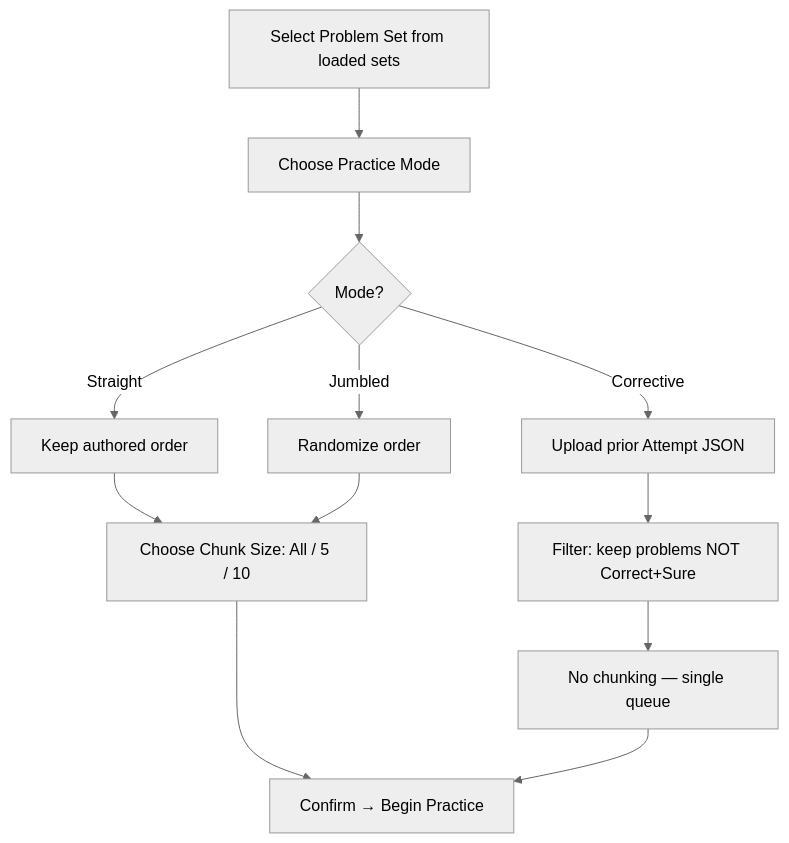
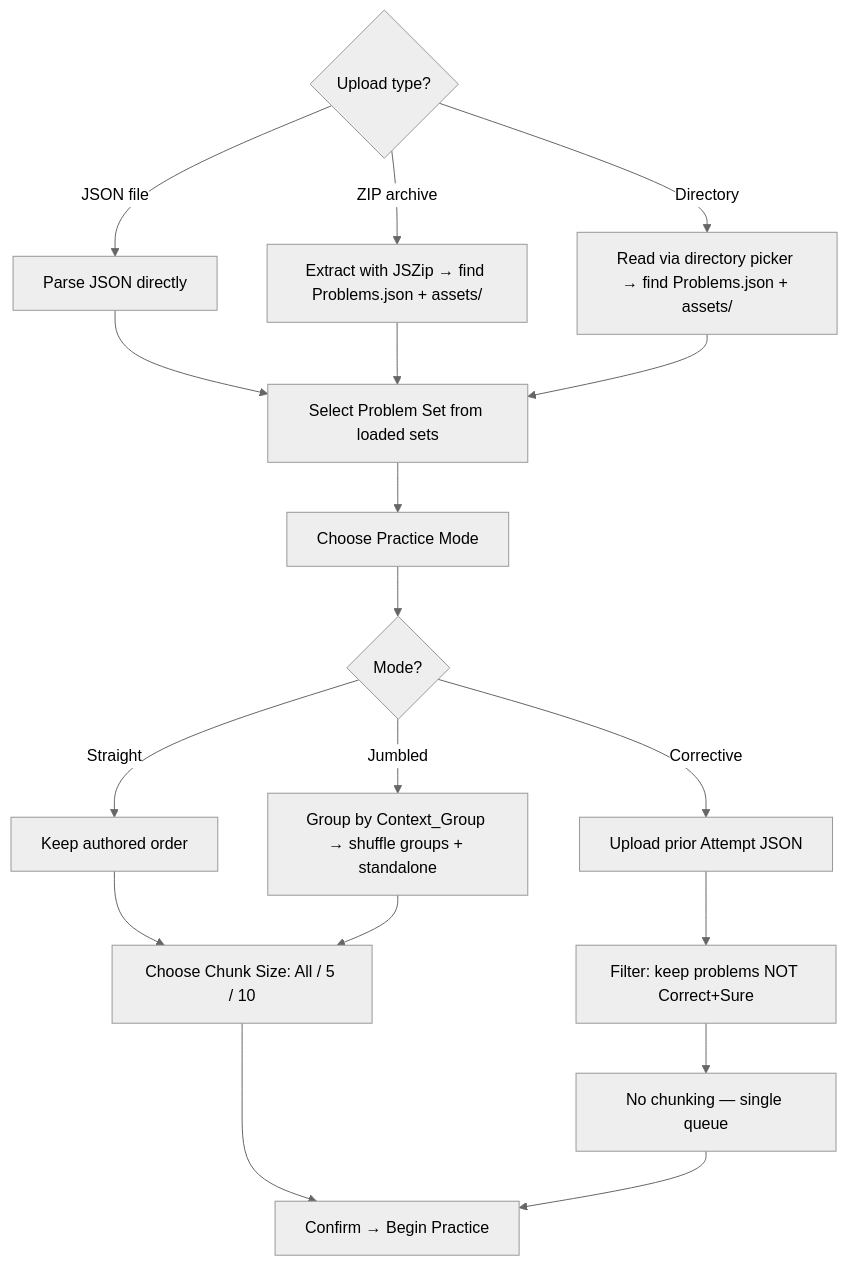
Before and after one commit to jaynote001/MCQTool: the second of 8 diagrams in 3_Architecture/2_User_Flow_Diagrams.md, drawn with Mermaid (neutral theme). The commit also changed other lines of this file and 3 other files, not shown here.

Commit message:
Update Architecture Diagrams

````diff
--- a/3_Architecture/2_User_Flow_Diagrams.md
+++ b/3_Architecture/2_User_Flow_Diagrams.md
@@ -37,14 +37,20 @@
 ```mermaid
 flowchart TD
-    A[Select Problem Set from loaded sets] --> B[Choose Practice Mode]
+    A0{Upload type?} -->|JSON file| A1[Parse JSON directly]
+    A0 -->|ZIP archive| A2[Extract with JSZip → find Problems.json + assets/]
+    A0 -->|Directory| A3[Read via directory picker → find Problems.json + assets/]
+    A1 --> A[Select Problem Set from loaded sets]
+    A2 --> A
+    A3 --> A
+    A --> B[Choose Practice Mode]
     B --> C{Mode?}
     C -->|Straight| D[Keep authored order]
-    C -->|Jumbled| E[Randomize order]
+    C -->|Jumbled| E[Group by Context_Group → shuffle groups + standalone]
     C -->|Corrective| F[Upload prior Attempt JSON]
     F --> F2[Filter: keep problems NOT Correct+Sure]
     D --> G[Choose Chunk Size: All / 5 / 10]
     E --> G
     F2 --> H[No chunking — single queue]
     G --> I[Confirm → Begin Practice]
     H --> I
 ```
````
